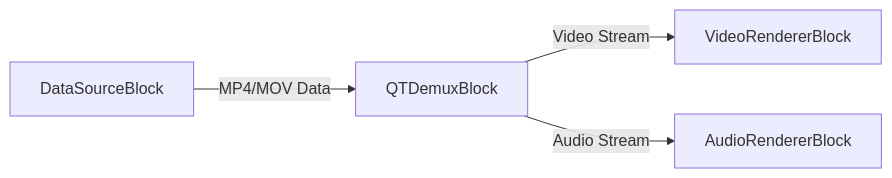
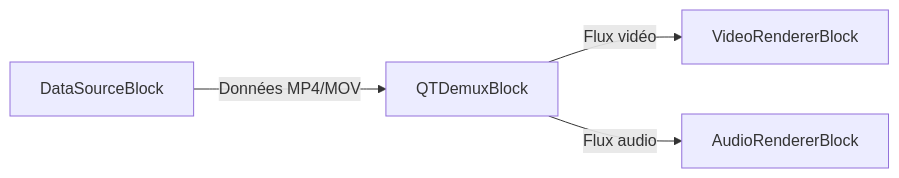
Before and after one commit to visioforge/help: the second of 4 diagrams in dotnet/mediablocks/Demuxers/index.fr.md, drawn with Mermaid. The commit also changed other lines of this file and 107 other files, not shown here.

````diff
--- a/dotnet/mediablocks/Demuxers/index.fr.md
+++ b/dotnet/mediablocks/Demuxers/index.fr.md
@@ -148,6 +149,6 @@
 ```mermaid
 graph LR;
-    DataSourceBlock -- MP4/MOV Data --> QTDemuxBlock;
-    QTDemuxBlock -- Video Stream --> VideoRendererBlock;
-    QTDemuxBlock -- Audio Stream --> AudioRendererBlock;
+    DataSourceBlock -- Données MP4/MOV --> QTDemuxBlock;
+    QTDemuxBlock -- Flux vidéo --> VideoRendererBlock;
+    QTDemuxBlock -- Flux audio --> AudioRendererBlock;
 ```
````
